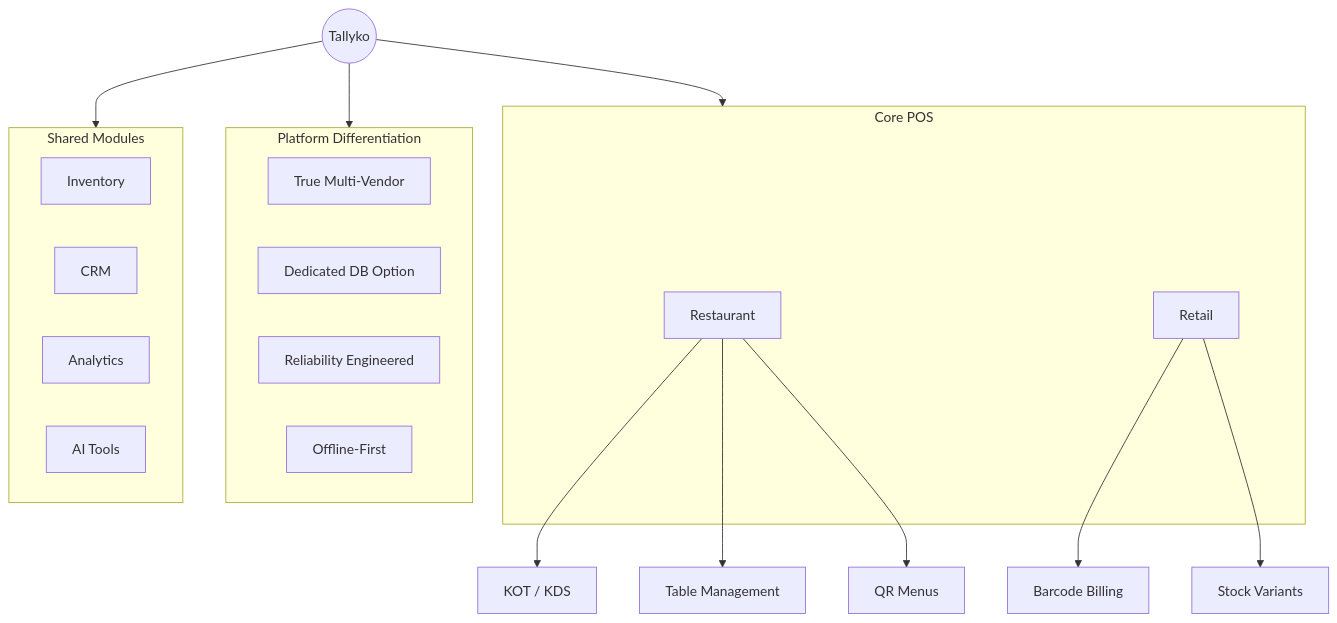
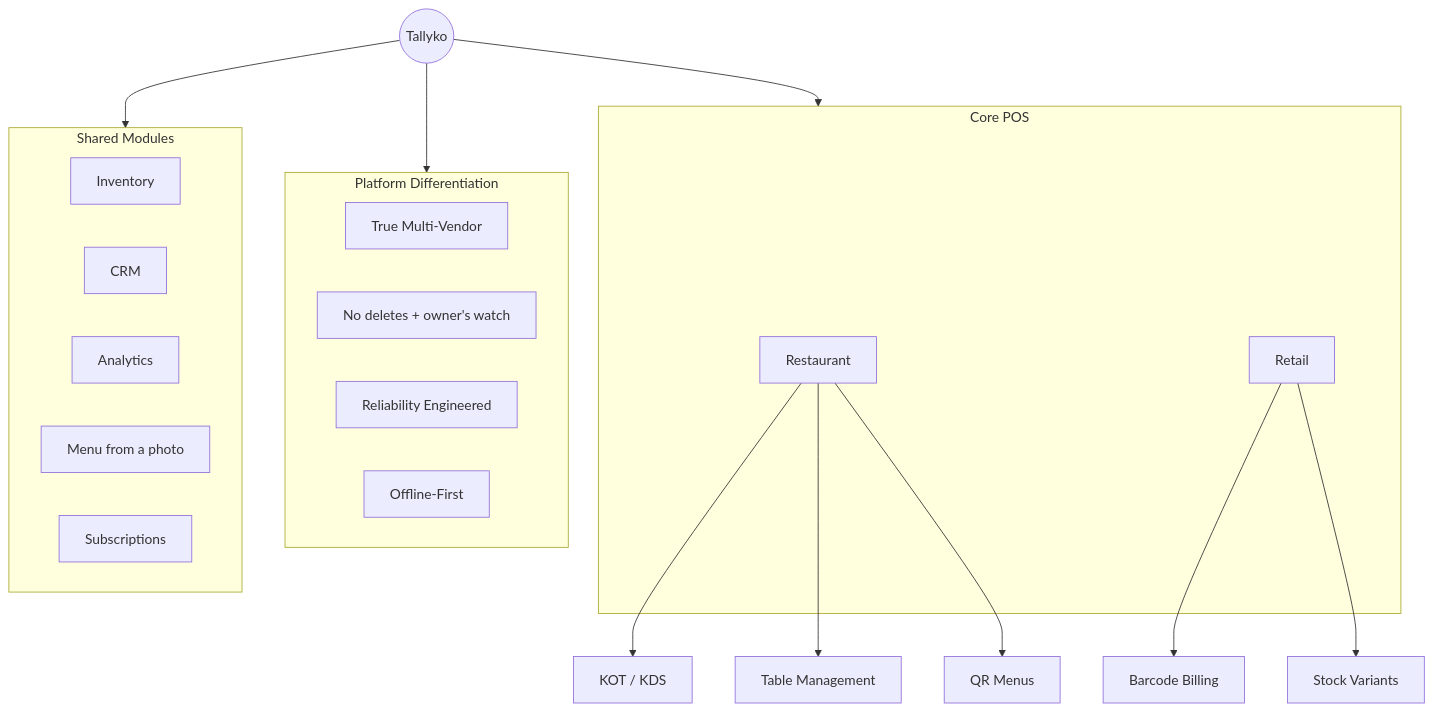
The diagram in docs/00_Product_Overview.md (vishwajitvm/Tallyko), drawn with Mermaid before and after one commit. The commit also changed other lines of this file and 773 other files, not shown here.

````diff
--- a/docs/00_Product_Overview.md
+++ b/docs/00_Product_Overview.md
@@ -65,34 +70,35 @@
 ```mermaid
 flowchart TD
     root((Tallyko))
     
     subgraph POS [Core POS]
         rest[Restaurant]
         ret[Retail]
     end
     
     rest --> kot[KOT / KDS]
     rest --> tab[Table Management]
     rest --> qr[QR Menus]
     
     ret --> bar[Barcode Billing]
     ret --> var[Stock Variants]
     
     subgraph Diff [Platform Differentiation]
         mv[True Multi-Vendor]
-        db[Dedicated DB Option]
+        db[No deletes + owner's watch]
         rel[Reliability Engineered]
         off[Offline-First]
     end
     
     subgraph Mod [Shared Modules]
         inv[Inventory]
         crm[CRM]
         ana[Analytics]
-        ai[AI Tools]
+        ai[Menu from a photo]
+        sub[Subscriptions]
     end
     
     root --> POS
     root --> Diff
     root --> Mod
 ```
````
